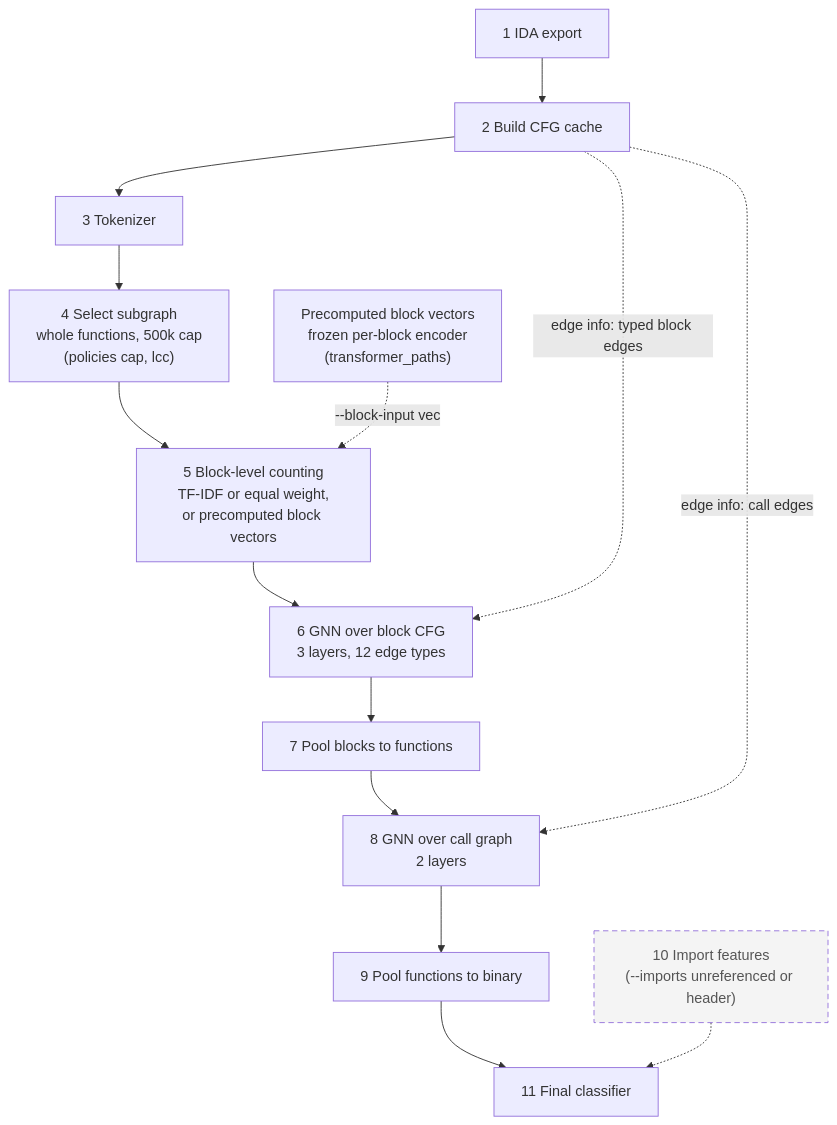
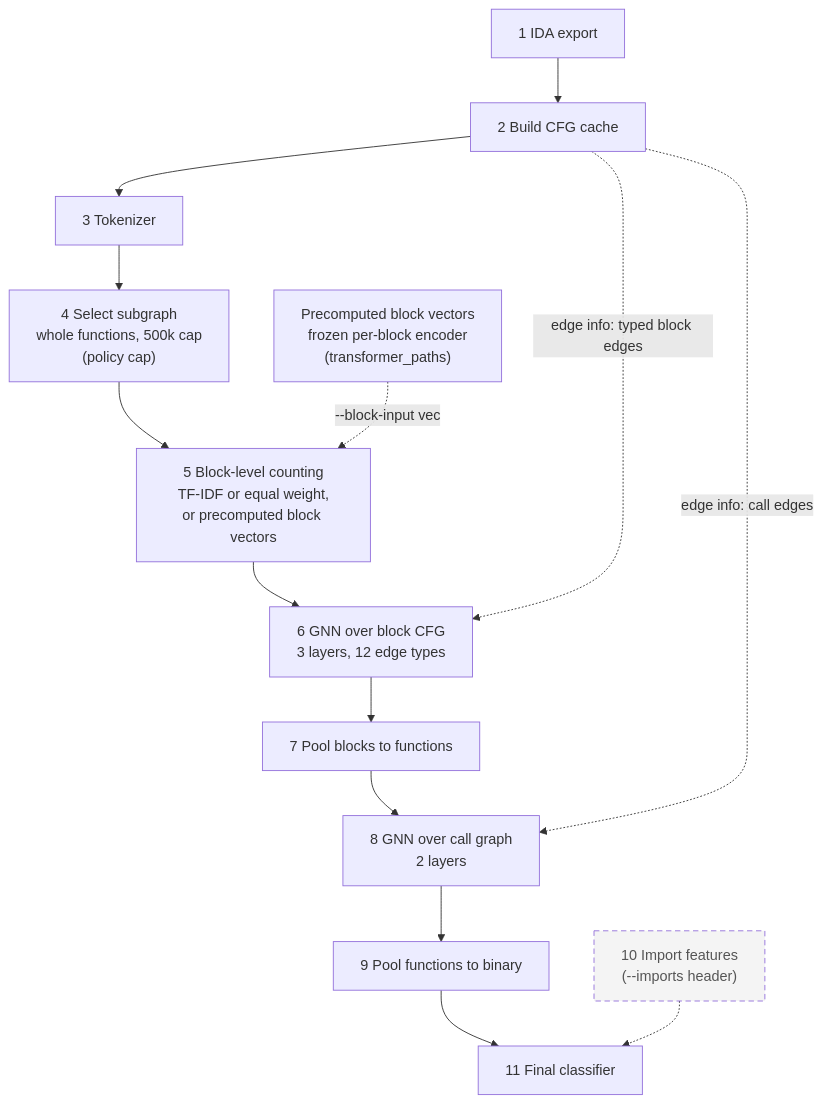
Before and after one commit to doroluo/ransomware-detection-masters-project: the diagram in CT_GAT/block_level_counting/README.md, drawn with Mermaid. The commit also changed other lines of this file and 35 other files, not shown here.

First line of the commit message:
Step 25a: remove the graph transformer, the lcc policy and --imports unreferenced

````diff
--- a/CT_GAT/block_level_counting/README.md
+++ b/CT_GAT/block_level_counting/README.md
@@ -16,18 +16,18 @@
 ```mermaid
 flowchart TD
     S1["1 IDA export"] --> S2["2 Build CFG cache"]
     S2 --> S3["3 Tokenizer"]
-    S3 --> S4["4 Select subgraph<br/>whole functions, 500k cap<br/>(policies cap, lcc)"]
+    S3 --> S4["4 Select subgraph<br/>whole functions, 500k cap<br/>(policy cap)"]
     S4 --> S5["5 Block-level counting<br/>TF-IDF or equal weight,<br/>or precomputed block vectors"]
     S5 --> S6["6 GNN over block CFG<br/>3 layers, 12 edge types"]
     S6 --> S7["7 Pool blocks to functions"]
     S7 --> S8["8 GNN over call graph<br/>2 layers"]
     S8 --> S9["9 Pool functions to binary"]
     S9 --> S11["11 Final classifier"]
-    S10["10 Import features<br/>(--imports unreferenced or header)"] -.-> S11
+    S10["10 Import features<br/>(--imports header)"] -.-> S11
     S5V["Precomputed block vectors<br/>frozen per-block encoder<br/>(transformer_paths)"] -. "--block-input vec" .-> S5
     S2 -. "edge info: typed block edges" .-> S6
     S2 -. "edge info: call edges" .-> S8
     classDef option stroke-dasharray: 6 4,fill:#f4f4f4,color:#555
     class S10 option
 ```
````
